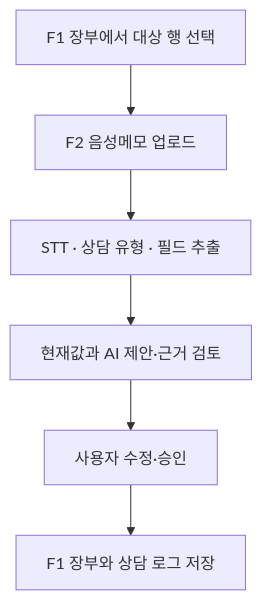
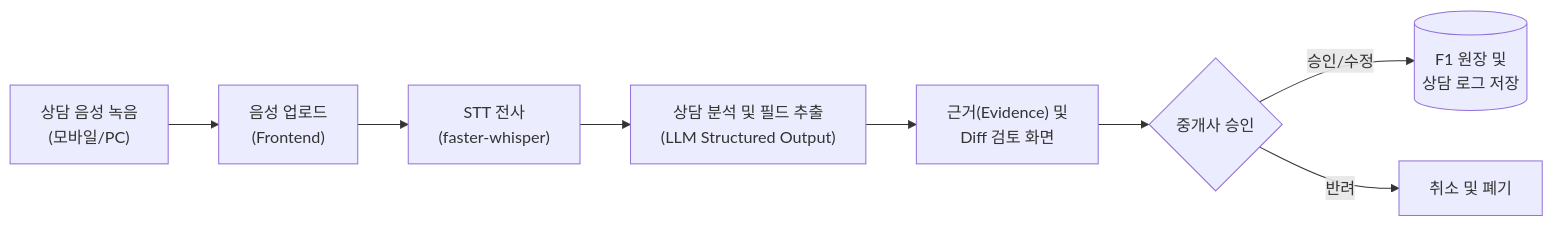
The first of 3 diagrams in README.md (SKNETWORKS-FAMILY-AICAMP/SKN30-FINAL-3Team), drawn with Mermaid before and after one commit. The commit also changed other lines of this file and 5 other files, not shown here.

````diff
--- a/README.md
+++ b/README.md
@@ -40,8 +58,10 @@
 ```mermaid
-flowchart TB
-    A["F1 장부에서 대상 행 선택"] --> B["F2 음성메모 업로드"]
-    B --> C["STT · 상담 유형 · 필드 추출"]
-    C --> D["현재값과 AI 제안·근거 검토"]
-    D --> E["사용자 수정·승인"]
-    E --> F["F1 장부와 상담 로그 저장"]
+flowchart LR
+    A["상담 음성 녹음<br/>(모바일/PC)"] --> B["음성 업로드<br/>(Frontend)"]
+    B --> C["STT 전사<br/>(faster-whisper)"]
+    C --> D["상담 분석 및 필드 추출<br/>(LLM Structured Output)"]
+    D --> E["근거(Evidence) 및<br/>Diff 검토 화면"]
+    E --> F{"중개사 승인"}
+    F -->|승인/수정| G[("F1 원장 및<br/>상담 로그 저장")]
+    F -->|반려| H["취소 및 폐기"]
 ```
````
